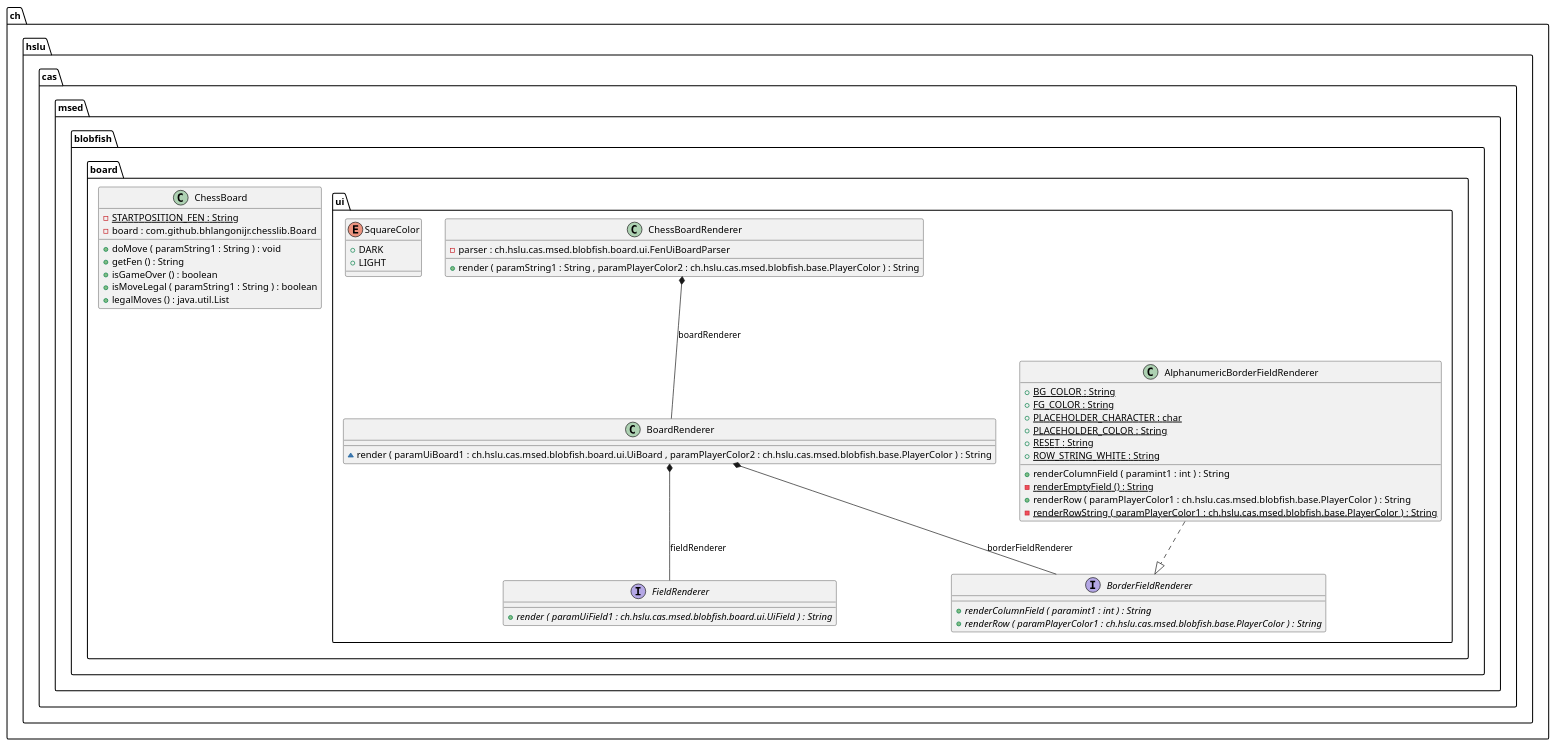
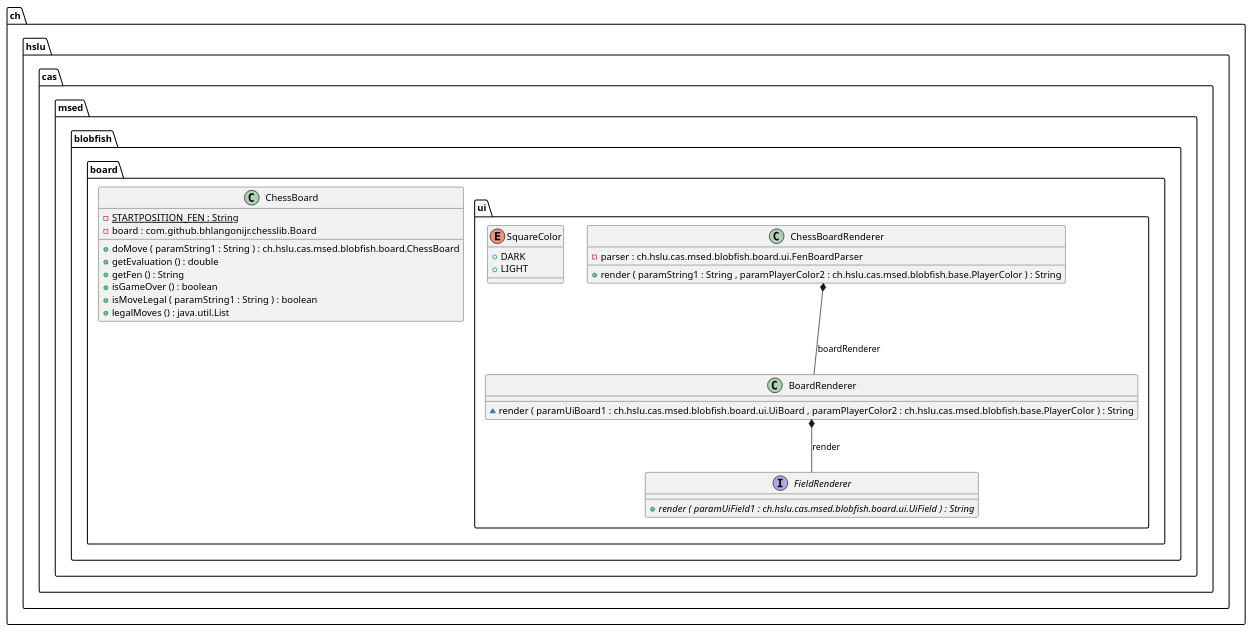
One commit to l2c0r3/blobfish changed the diagram in docs/generated-diagrams/board.puml. Above: the diagram before and after it, drawn with PlantUML. The commit also changed 3 other files, not shown here.

Commit message:
update generated UML diagrams

```diff
--- a/docs/generated-diagrams/board.puml
+++ b/docs/generated-diagrams/board.puml
@@ -1,64 +1,43 @@
 @startuml
 
 class ch.hslu.cas.msed.blobfish.board.ChessBoard {
 	{field} {static} -STARTPOSITION_FEN : String
 	{field} -board : com.github.bhlangonijr.chesslib.Board
-	{method} +doMove ( paramString1 : String ) : void
+	{method} +doMove ( paramString1 : String ) : ch.hslu.cas.msed.blobfish.board.ChessBoard
+	{method} +getEvaluation () : double
 	{method} +getFen () : String
 	{method} +isGameOver () : boolean
 	{method} +isMoveLegal ( paramString1 : String ) : boolean
 	{method} +legalMoves () : java.util.List
-}
-
-
-class ch.hslu.cas.msed.blobfish.board.ui.AlphanumericBorderFieldRenderer {
-	{field} {static} +BG_COLOR : String
-	{field} {static} +FG_COLOR : String
-	{field} {static} +PLACEHOLDER_CHARACTER : char
-	{field} {static} +PLACEHOLDER_COLOR : String
-	{field} {static} +RESET : String
-	{field} {static} +ROW_STRING_WHITE : String
-	{method} +renderColumnField ( paramint1 : int ) : String
-	{method}  {static} -renderEmptyField () : String
-	{method} +renderRow ( paramPlayerColor1 : ch.hslu.cas.msed.blobfish.base.PlayerColor ) : String
-	{method}  {static} -renderRowString ( paramPlayerColor1 : ch.hslu.cas.msed.blobfish.base.PlayerColor ) : String
 }
 
 
 class ch.hslu.cas.msed.blobfish.board.ui.BoardRenderer {
 	{method} ~render ( paramUiBoard1 : ch.hslu.cas.msed.blobfish.board.ui.UiBoard , paramPlayerColor2 : ch.hslu.cas.msed.blobfish.base.PlayerColor ) : String
 }
 
 
-interface ch.hslu.cas.msed.blobfish.board.ui.BorderFieldRenderer {
-	{method}  {abstract} +renderColumnField ( paramint1 : int ) : String
-	{method}  {abstract} +renderRow ( paramPlayerColor1 : ch.hslu.cas.msed.blobfish.base.PlayerColor ) : String
-}
-
-
 class ch.hslu.cas.msed.blobfish.board.ui.ChessBoardRenderer {
-	{field} -parser : ch.hslu.cas.msed.blobfish.board.ui.FenUiBoardParser
+	{field} -parser : ch.hslu.cas.msed.blobfish.board.ui.FenBoardParser
 	{method} +render ( paramString1 : String , paramPlayerColor2 : ch.hslu.cas.msed.blobfish.base.PlayerColor ) : String
 }
 
 
 interface ch.hslu.cas.msed.blobfish.board.ui.FieldRenderer {
 	{method}  {abstract} +render ( paramUiField1 : ch.hslu.cas.msed.blobfish.board.ui.UiField ) : String
 }
 
 
 enum ch.hslu.cas.msed.blobfish.board.ui.SquareColor {
 	{field} +DARK
 	{field} +LIGHT
 }
 
 
 
 
-ch.hslu.cas.msed.blobfish.board.ui.AlphanumericBorderFieldRenderer ..|>  ch.hslu.cas.msed.blobfish.board.ui.BorderFieldRenderer
-ch.hslu.cas.msed.blobfish.board.ui.BoardRenderer *--  ch.hslu.cas.msed.blobfish.board.ui.BorderFieldRenderer : borderFieldRenderer
-ch.hslu.cas.msed.blobfish.board.ui.BoardRenderer *--  ch.hslu.cas.msed.blobfish.board.ui.FieldRenderer : fieldRenderer
+ch.hslu.cas.msed.blobfish.board.ui.BoardRenderer *--  ch.hslu.cas.msed.blobfish.board.ui.FieldRenderer : render
 ch.hslu.cas.msed.blobfish.board.ui.ChessBoardRenderer *--  ch.hslu.cas.msed.blobfish.board.ui.BoardRenderer : boardRenderer
 
 
 @enduml
```
